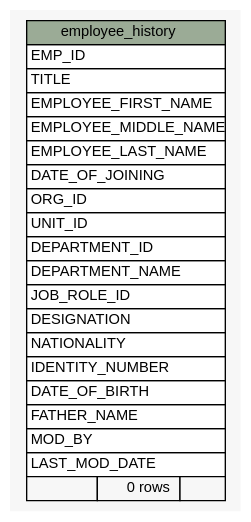
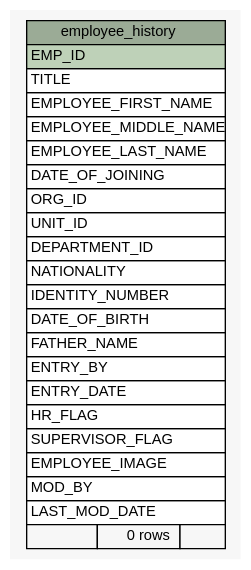
The diagram in docs/database/schemaspy/graphs/summary/employee_history.1degree.dot (engineerscraft/hrms), drawn with Graphviz before and after one commit. The commit also changed 168 other files, not shown here.

Commit message:
Database script modified and schemaspy doc generated

```diff
--- a/docs/database/schemaspy/graphs/summary/employee_history.1degree.dot
+++ b/docs/database/schemaspy/graphs/summary/employee_history.1degree.dot
@@ -1,42 +1,44 @@
 // dot 2.38.0 on Windows 7 6.1
 digraph "employee_history" {
   graph [
     rankdir="RL"
     bgcolor="#f7f7f7"
   ];
   node [
     fontname="Helvetica"
     fontsize="11"
     shape="plaintext"
   ];
   edge [
     arrowsize="0.8"
   ];
   "employee_history" [
     label=<
     <TABLE BORDER="0" CELLBORDER="1" CELLSPACING="0" BGCOLOR="#ffffff">
       <TR><TD PORT="employee_history.heading" COLSPAN="3" BGCOLOR="#9bab96" ALIGN="CENTER">employee_history</TD></TR>
-      <TR><TD PORT="EMP_ID" COLSPAN="3" ALIGN="LEFT">EMP_ID</TD></TR>
+      <TR><TD PORT="EMP_ID" COLSPAN="3" BGCOLOR="#bed1b8" ALIGN="LEFT">EMP_ID</TD></TR>
       <TR><TD PORT="TITLE" COLSPAN="3" ALIGN="LEFT">TITLE</TD></TR>
       <TR><TD PORT="EMPLOYEE_FIRST_NAME" COLSPAN="3" ALIGN="LEFT">EMPLOYEE_FIRST_NAME</TD></TR>
       <TR><TD PORT="EMPLOYEE_MIDDLE_NAME" COLSPAN="3" ALIGN="LEFT">EMPLOYEE_MIDDLE_NAME</TD></TR>
       <TR><TD PORT="EMPLOYEE_LAST_NAME" COLSPAN="3" ALIGN="LEFT">EMPLOYEE_LAST_NAME</TD></TR>
       <TR><TD PORT="DATE_OF_JOINING" COLSPAN="3" ALIGN="LEFT">DATE_OF_JOINING</TD></TR>
       <TR><TD PORT="ORG_ID" COLSPAN="3" ALIGN="LEFT">ORG_ID</TD></TR>
       <TR><TD PORT="UNIT_ID" COLSPAN="3" ALIGN="LEFT">UNIT_ID</TD></TR>
       <TR><TD PORT="DEPARTMENT_ID" COLSPAN="3" ALIGN="LEFT">DEPARTMENT_ID</TD></TR>
-      <TR><TD PORT="DEPARTMENT_NAME" COLSPAN="3" ALIGN="LEFT">DEPARTMENT_NAME</TD></TR>
-      <TR><TD PORT="JOB_ROLE_ID" COLSPAN="3" ALIGN="LEFT">JOB_ROLE_ID</TD></TR>
-      <TR><TD PORT="DESIGNATION" COLSPAN="3" ALIGN="LEFT">DESIGNATION</TD></TR>
       <TR><TD PORT="NATIONALITY" COLSPAN="3" ALIGN="LEFT">NATIONALITY</TD></TR>
       <TR><TD PORT="IDENTITY_NUMBER" COLSPAN="3" ALIGN="LEFT">IDENTITY_NUMBER</TD></TR>
       <TR><TD PORT="DATE_OF_BIRTH" COLSPAN="3" ALIGN="LEFT">DATE_OF_BIRTH</TD></TR>
       <TR><TD PORT="FATHER_NAME" COLSPAN="3" ALIGN="LEFT">FATHER_NAME</TD></TR>
+      <TR><TD PORT="ENTRY_BY" COLSPAN="3" ALIGN="LEFT">ENTRY_BY</TD></TR>
+      <TR><TD PORT="ENTRY_DATE" COLSPAN="3" ALIGN="LEFT">ENTRY_DATE</TD></TR>
+      <TR><TD PORT="HR_FLAG" COLSPAN="3" ALIGN="LEFT">HR_FLAG</TD></TR>
+      <TR><TD PORT="SUPERVISOR_FLAG" COLSPAN="3" ALIGN="LEFT">SUPERVISOR_FLAG</TD></TR>
+      <TR><TD PORT="EMPLOYEE_IMAGE" COLSPAN="3" ALIGN="LEFT">EMPLOYEE_IMAGE</TD></TR>
       <TR><TD PORT="MOD_BY" COLSPAN="3" ALIGN="LEFT">MOD_BY</TD></TR>
       <TR><TD PORT="LAST_MOD_DATE" COLSPAN="3" ALIGN="LEFT">LAST_MOD_DATE</TD></TR>
       <TR><TD ALIGN="LEFT" BGCOLOR="#f7f7f7">  </TD><TD ALIGN="RIGHT" BGCOLOR="#f7f7f7">0 rows</TD><TD ALIGN="RIGHT" BGCOLOR="#f7f7f7">  </TD></TR>
     </TABLE>>
     URL="tables/employee_history.html#"
     tooltip="employee_history"
   ];
 }
```
